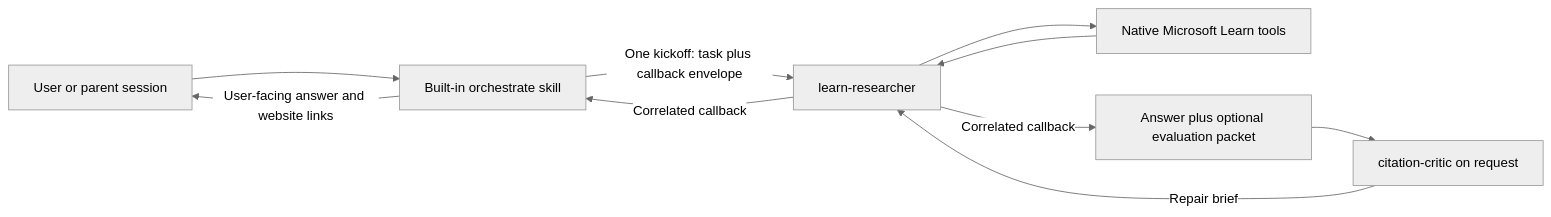
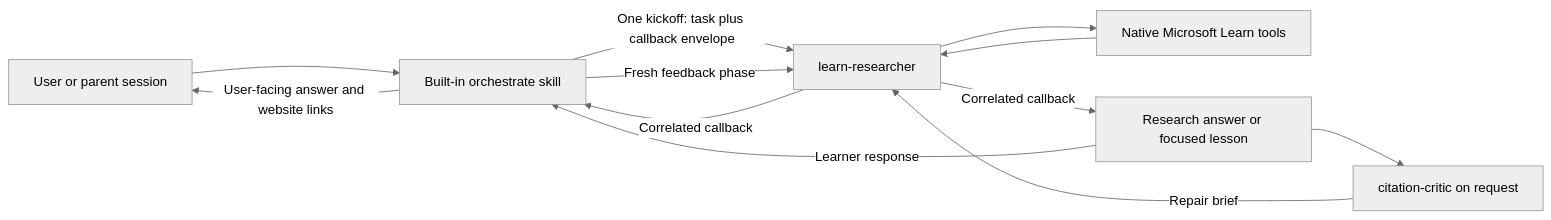
Before and after one commit to msucharda/azure-learn-copilot-app: the diagram in docs/architecture.md, drawn with Mermaid (neutral theme). The commit also changed other lines of this file and 7 other files, not shown here.

````diff
--- a/docs/architecture.md
+++ b/docs/architecture.md
@@ -7,12 +7,14 @@
 ```mermaid
 flowchart LR
     U[User or parent session] --> O[Built-in orchestrate skill]
     O -->|One kickoff: task plus callback envelope| R[learn-researcher]
     R --> L[Native Microsoft Learn tools]
     L --> R
-    R -->|Correlated callback| A[Answer plus optional evaluation packet]
+    R -->|Correlated callback| A[Research answer or focused lesson]
     A --> C[citation-critic on request]
     C -->|Repair brief| R
+    A -->|Learner response| O
+    O -->|Fresh feedback phase| R
     R -->|Correlated callback| O
     O -->|User-facing answer and website links| U
 ```
````
